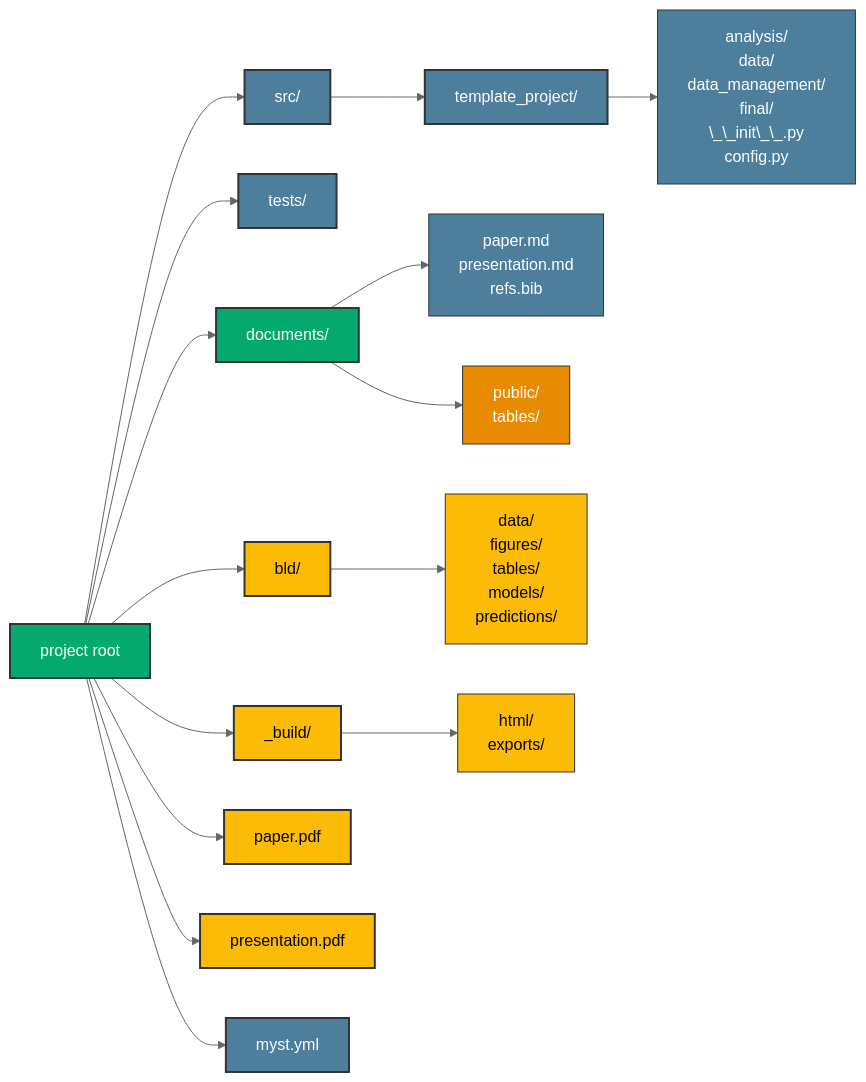
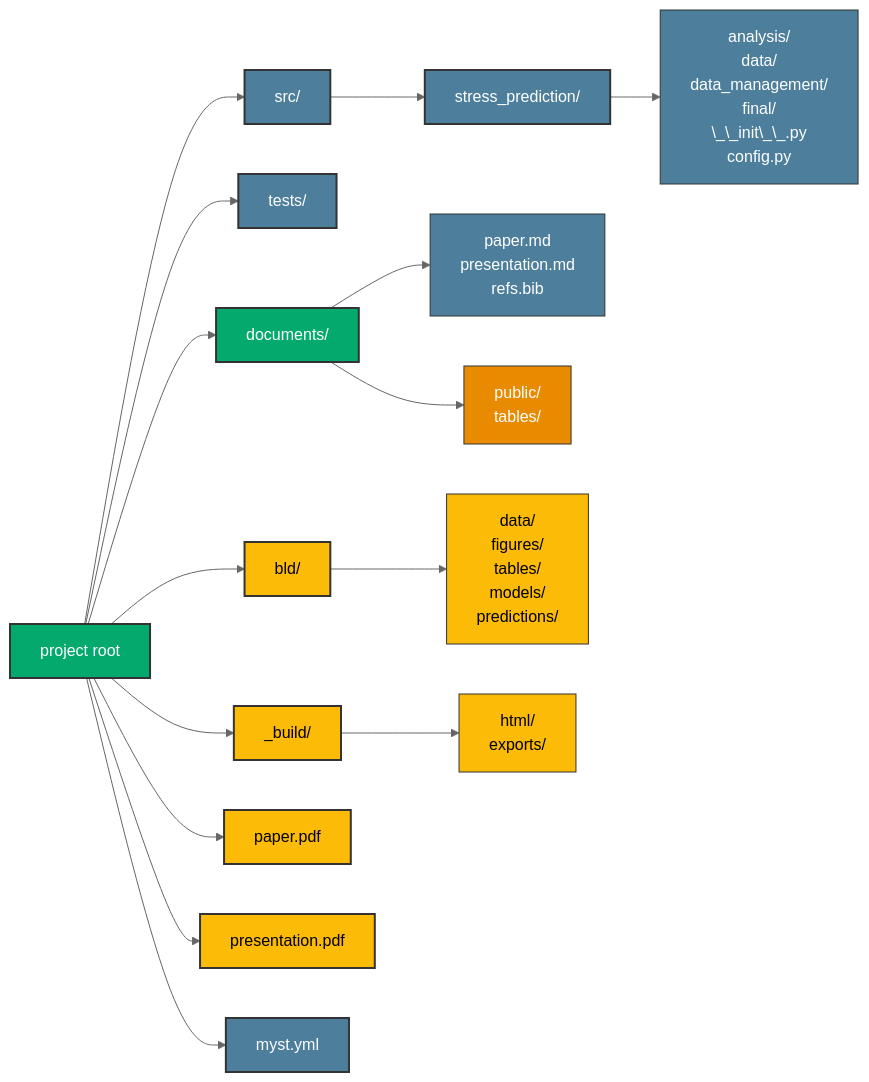
Before and after one commit to HuseinHaji/Projects: the first of 2 diagrams in docs_template/source/background/directory_structure.md, drawn with Mermaid (neutral theme). The commit also changed other lines of this file and 32 other files, not shown here.

Commit message:
Rename project slug to stress_prediction and update src directory.

````diff
--- a/docs_template/source/background/directory_structure.md
+++ b/docs_template/source/background/directory_structure.md
@@ -10,51 +10,51 @@
 ```{mermaid}
 flowchart LR
     Root["project root"]
 
     Src["src/"]
-    SrcSub["template_project/"]
+    SrcSub["stress_prediction/"]
     SrcSubDir["analysis/<br/>data/<br/>data_management/<br/>final/<br/>\_\_init\_\_.py<br/>config.py"]
     Tests["tests/"]
     Documents["documents/"]
     DocumentsSource["paper.md<br/>presentation.md<br/>refs.bib"]
     DocumentsOutput["public/<br/>tables/"]
     Bld["bld/"]
     BldSub["data/<br/>figures/<br/>tables/<br/>models/<br/>predictions/"]
     Build["_build/"]
     BuildSub["html/<br/>exports/"]
     Paper["paper.pdf"]
     Presentation["presentation.pdf"]
     MystYml["myst.yml"]
 
     Root --> Src
     Root --> Tests
     Root --> MystYml
     Root --> Documents
     Root --> Bld
     Root --> Build
     Root --> Paper
     Root --> Presentation
 
     Src --> SrcSub
     SrcSub --> SrcSubDir
     Documents --> DocumentsSource
     Documents --> DocumentsOutput
     Bld --> BldSub
     Build --> BuildSub
 
     style Root fill:#04A96D,stroke:#333,stroke-width:2px,color:#fff
     style Src fill:#4d7f9c,stroke:#333,stroke-width:2px,color:#fff
     style SrcSub fill:#4d7f9c,stroke:#333,stroke-width:2px,color:#fff
     style SrcSubDir fill:#4d7f9c,stroke:#333,stroke-width:1px,color:#fff
     style Tests fill:#4d7f9c,stroke:#333,stroke-width:2px,color:#fff
     style MystYml fill:#4d7f9c,stroke:#333,stroke-width:2px,color:#fff
     style Documents fill:#04A96D,stroke:#333,stroke-width:2px,color:#fff
     style DocumentsSource fill:#4d7f9c,stroke:#333,stroke-width:1px,color:#fff
     style DocumentsOutput fill:#E88B00,stroke:#333,stroke-width:1px,color:#fff
     style Bld fill:#FBBB06,stroke:#333,stroke-width:2px,color:#000
     style BldSub fill:#FBBB06,stroke:#333,stroke-width:1px,color:#000
     style Build fill:#FBBB06,stroke:#333,stroke-width:2px,color:#000
     style BuildSub fill:#FBBB06,stroke:#333,stroke-width:1px,color:#000
     style Paper fill:#FBBB06,stroke:#333,stroke-width:2px,color:#000
     style Presentation fill:#FBBB06,stroke:#333,stroke-width:2px,color:#000
 ```
````
